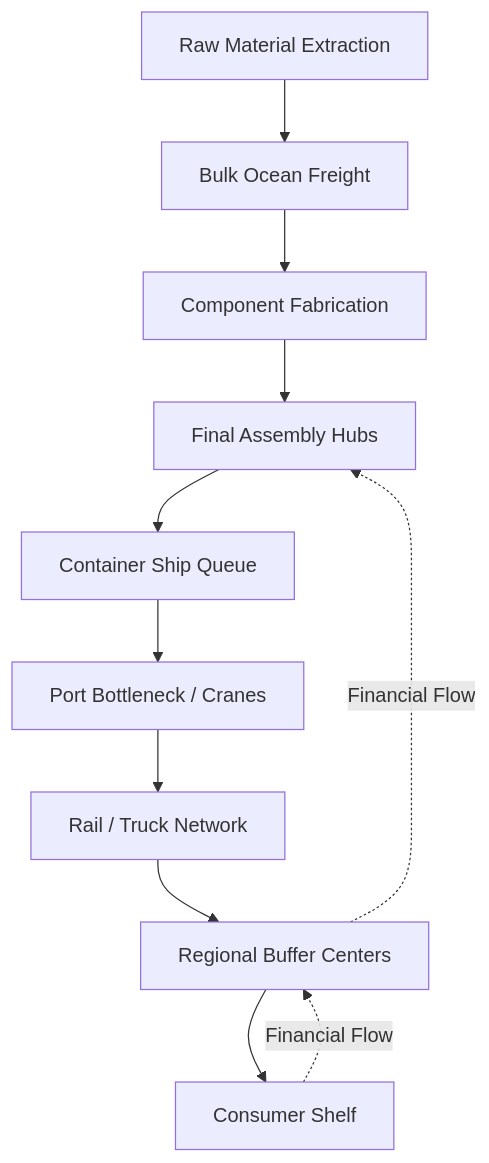
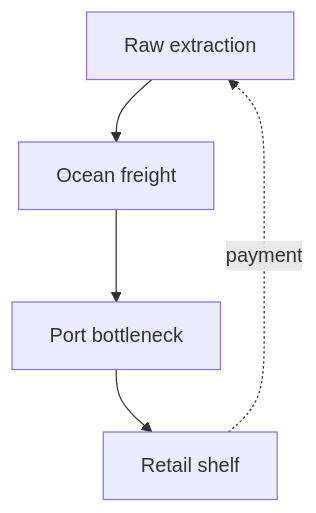
The diagram in drishti/studies/GLOBAL_SUPPLY_CHAINS/README.md (07AMIT10/chaitra), drawn with Mermaid before and after one commit. The commit also changed other lines of this file and 54 other files, not shown here.

````diff
--- a/drishti/studies/GLOBAL_SUPPLY_CHAINS/README.md
+++ b/drishti/studies/GLOBAL_SUPPLY_CHAINS/README.md
@@ -17,14 +13,7 @@
 ```mermaid
 flowchart TD
-  Raw[Raw Material Extraction] --> Transit1[Bulk Ocean Freight]
-  Transit1 --> Sub[Component Fabrication]
-  Sub --> Assembly[Final Assembly Hubs]
-  Assembly --> Ships[Container Ship Queue]
-  Ships --> Port[Port Bottleneck / Cranes]
-  Port --> Rail[Rail / Truck Network]
-  Rail --> Warehouse[Regional Buffer Centers]
-  Warehouse --> Retail[Consumer Shelf]
-
-  Retail -.->|Financial Flow| Warehouse
-  Warehouse -.->|Financial Flow| Assembly
+  Raw[Raw extraction] --> Ship[Ocean freight]
+  Ship --> Port[Port bottleneck]
+  Port --> Shelf[Retail shelf]
+  Shelf -.->|payment| Raw
 ```
````
